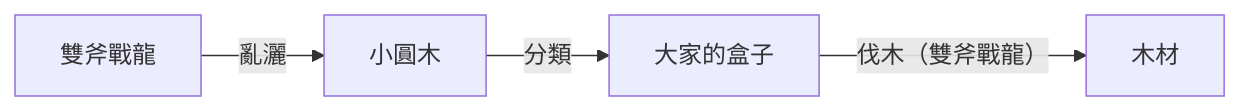
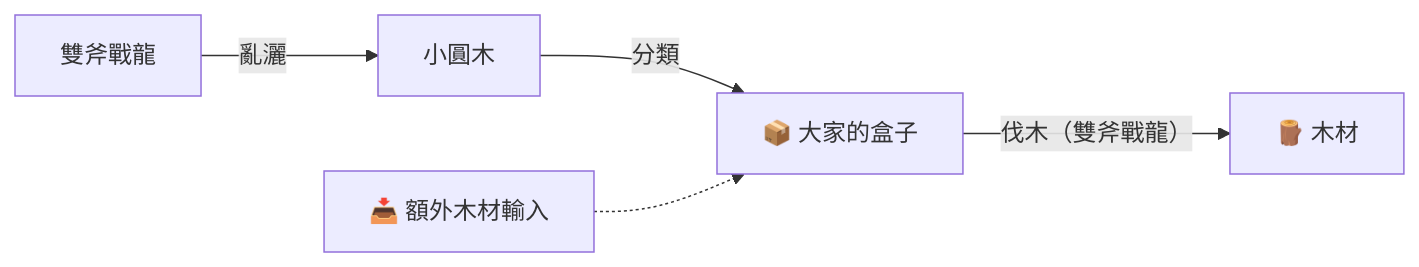
The first of 4 diagrams in README.md (G36maid/pokopia), drawn with Mermaid before and after one commit. The commit also changed other lines of this file, not shown here.

````diff
--- a/README.md
+++ b/README.md
@@ -10,6 +10,7 @@
 ```mermaid
 flowchart LR
     HX["雙斧戰龍"] -->|"亂灑"| LOG["小圓木"]
-    LOG -->|"分類"| B1["大家的盒子"]
-    B1 -->|"伐木（雙斧戰龍）"| WOOD["木材"]
+    LOG -->|"分類"| B1["📦 大家的盒子"]
+    EXTRA["📥 額外木材輸入"] -.-> B1
+    B1 -->|"伐木（雙斧戰龍）"| WOOD["🪵 木材"]
 ```
````
